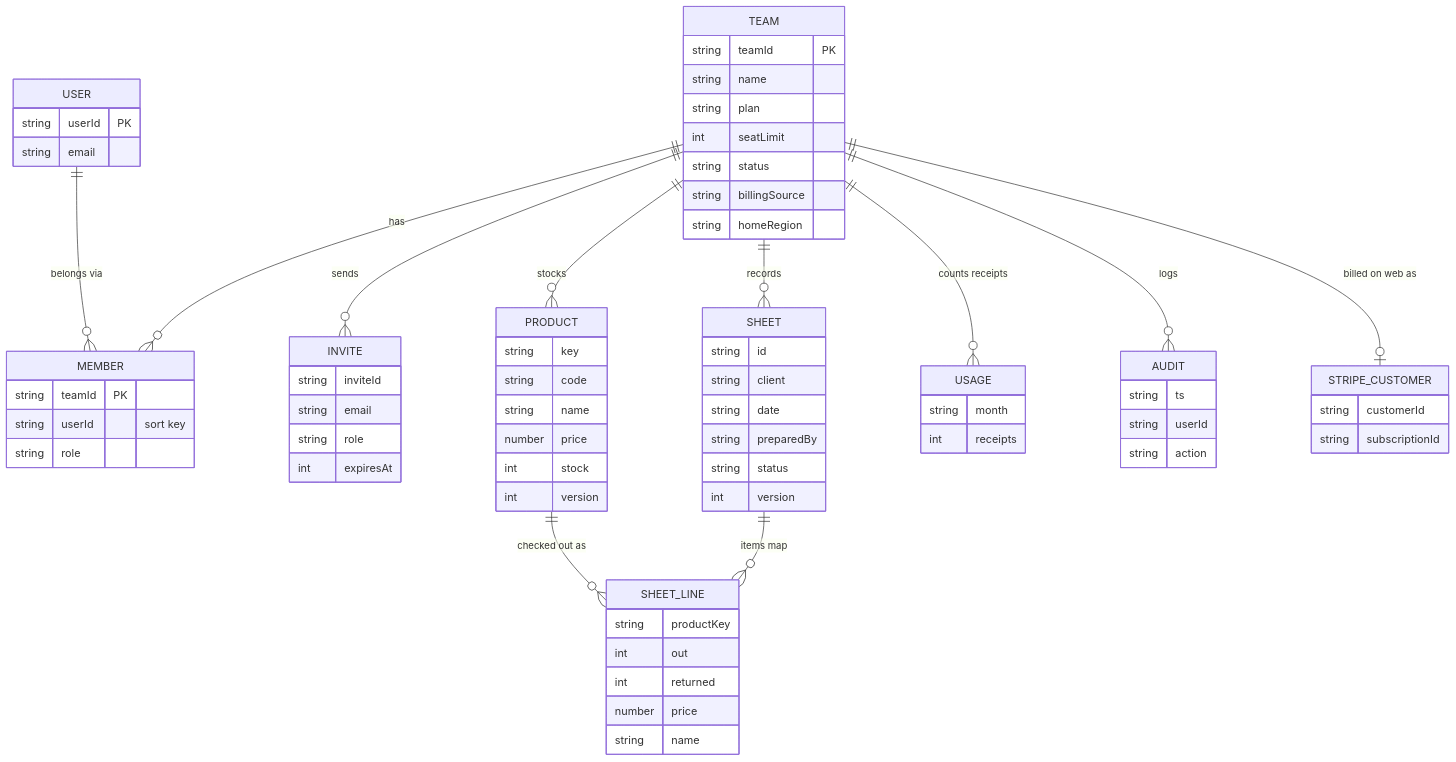
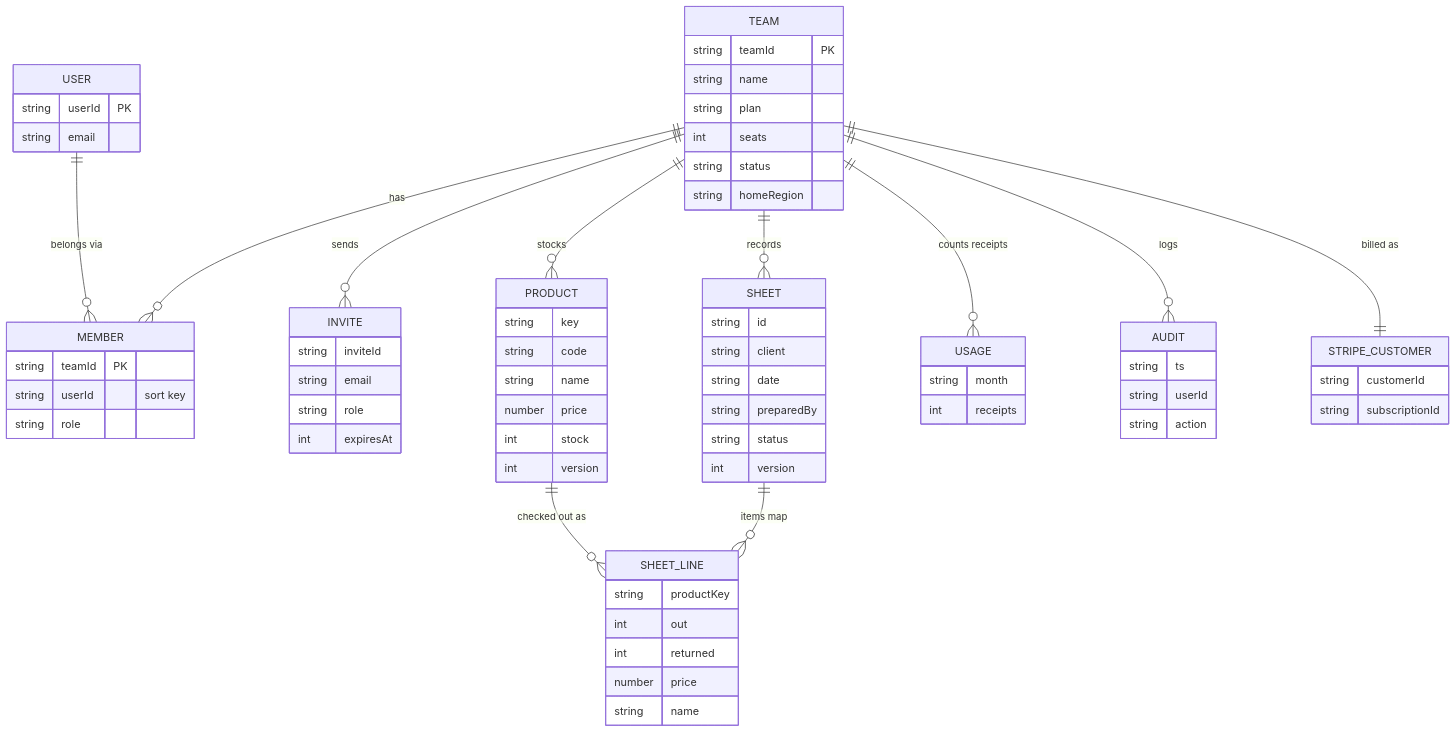
Before and after one commit to davetashner/supply-checkout: the seventh of 8 diagrams in docs/architecture/README.md, drawn with Mermaid. The commit also changed other lines of this file and 7 other files, not shown here.

First line of the commit message:
docs: switch ADR 0013 to web billing only

````diff
--- a/docs/architecture/README.md
+++ b/docs/architecture/README.md
@@ -237,74 +226,73 @@
 ```mermaid
 erDiagram
   TEAM ||--o{ MEMBER : has
   USER ||--o{ MEMBER : "belongs via"
   TEAM ||--o{ INVITE : sends
   TEAM ||--o{ PRODUCT : stocks
   TEAM ||--o{ SHEET : records
   SHEET ||--o{ SHEET_LINE : "items map"
   PRODUCT ||--o{ SHEET_LINE : "checked out as"
   TEAM ||--o{ USAGE : "counts receipts"
   TEAM ||--o{ AUDIT : logs
-  TEAM ||--o| STRIPE_CUSTOMER : "billed on web as"
+  TEAM ||--|| STRIPE_CUSTOMER : "billed as"
 
   TEAM {
     string teamId PK
     string name
     string plan
-    int seatLimit
+    int seats
     string status
-    string billingSource
     string homeRegion
   }
   MEMBER {
     string teamId PK
     string userId "sort key"
     string role
   }
   USER {
     string userId PK
     string email
   }
   INVITE {
     string inviteId
     string email
     string role
     int expiresAt
   }
   PRODUCT {
     string key
     string code
     string name
     number price
     int stock
     int version
   }
   SHEET {
     string id
     string client
     string date
     string preparedBy
     string status
     int version
   }
   SHEET_LINE {
     string productKey
     int out
     int returned
     number price
     string name
   }
   USAGE {
     string month
     int receipts
   }
   AUDIT {
     string ts
     string userId
     string action
   }
   STRIPE_CUSTOMER {
     string customerId
     string subscriptionId
   }
 ```
````
